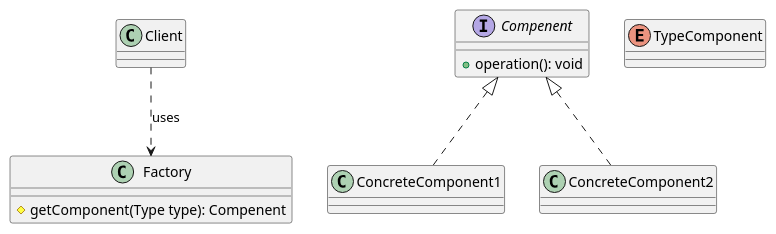
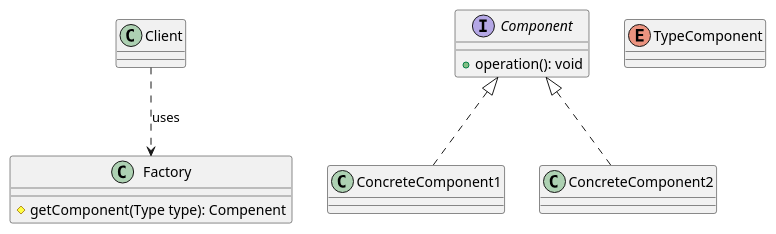
The diagram in src/uml/genericFactory.puml (jandry/design-pattern), drawn with PlantUML before and after one commit.

Commit message:
Fix component name

```diff
--- a/src/uml/genericFactory.puml
+++ b/src/uml/genericFactory.puml
@@ -1,18 +1,18 @@
 @startuml GenericFactory
 class Client
-interface Compenent {
+interface Component {
      + operation(): void
 }
 class ConcreteComponent1
 class ConcreteComponent2
 class Factory {
      # getComponent(Type type): Compenent
 }
 enum TypeComponent
 
-Compenent <|.. ConcreteComponent1
-Compenent <|..ConcreteComponent2
+Component <|.. ConcreteComponent1
+Component <|..ConcreteComponent2
 
 Client ..> Factory : uses
 
 @enduml[]
```
